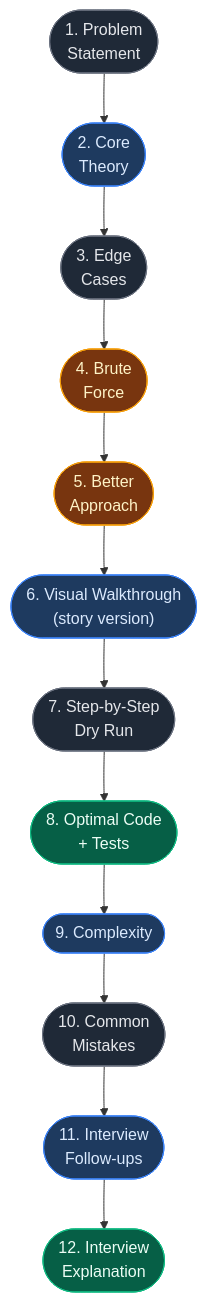
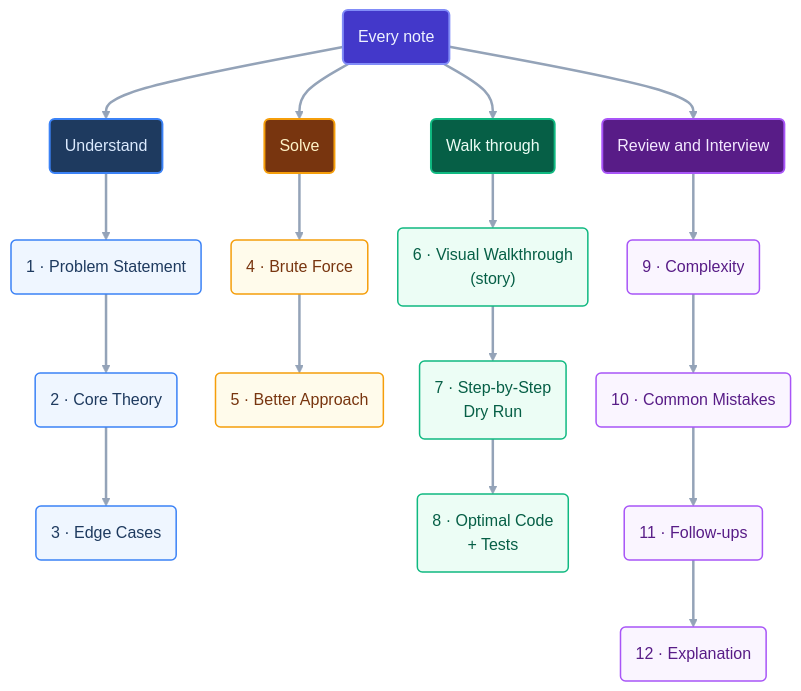
One commit to ajay-nikumbh/dsa-notes changed the first of 2 diagrams in README.md. Above: the diagram before and after it, drawn with Mermaid. The commit also changed other lines of this file, not shown here.

Commit message:
Redraw README diagrams as curved trees
Use Mermaid frontmatter config (curve: basis) so edges render curved.
Note-shape diagram is now a tree: four phases (Understand, Solve, Walk
through, Review and Interview) with numbered steps underneath. Step
labels use '1 · Step' because '1. Step' is parsed as a markdown list in
Mermaid 11. Roadmap keeps the prerequisite tree with grey curved edges
that show in light and dark themes.

````diff
--- a/README.md
+++ b/README.md
@@ -7,19 +7,37 @@
 ```mermaid
+---
+config:
+  flowchart:
+    curve: basis
+    nodeSpacing: 30
+    rankSpacing: 55
+---
 flowchart TD
-    A(["1. Problem<br/>Statement"]):::a --> B(["2. Core<br/>Theory"]):::b
-    B --> C(["3. Edge<br/>Cases"]):::a
-    C --> D(["4. Brute<br/>Force"]):::c
-    D --> E(["5. Better<br/>Approach"]):::c
-    E --> F(["6. Visual Walkthrough<br/>(story version)"]):::b
-    F --> G(["7. Step-by-Step<br/>Dry Run"]):::a
-    G --> H(["8. Optimal Code<br/>+ Tests"]):::d
-    H --> I(["9. Complexity"]):::b
-    I --> J(["10. Common<br/>Mistakes"]):::a
-    J --> K(["11. Interview<br/>Follow-ups"]):::b
-    K --> L(["12. Interview<br/>Explanation"]):::d
-
-    classDef a fill:#1f2937,stroke:#6b7280,color:#e5e7eb
-    classDef b fill:#1e3a5f,stroke:#3b82f6,color:#dbeafe
-    classDef c fill:#78350f,stroke:#f59e0b,color:#fef3c7
-    classDef d fill:#065f46,stroke:#10b981,color:#ecfdf5
+    N("Every note"):::root
+    N --> U("Understand"):::p1
+    N --> S("Solve"):::p2
+    N --> W("Walk through"):::p3
+    N --> I("Review and Interview"):::p4
+    U --> U1("1 · Problem Statement"):::s1
+    U1 --> U2("2 · Core Theory"):::s1
+    U2 --> U3("3 · Edge Cases"):::s1
+    S --> S1("4 · Brute Force"):::s2
+    S1 --> S2("5 · Better Approach"):::s2
+    W --> W1("6 · Visual Walkthrough<br/>(story)"):::s3
+    W1 --> W2("7 · Step-by-Step<br/>Dry Run"):::s3
+    W2 --> W3("8 · Optimal Code<br/>+ Tests"):::s3
+    I --> I1("9 · Complexity"):::s4
+    I1 --> I2("10 · Common Mistakes"):::s4
+    I2 --> I3("11 · Follow-ups"):::s4
+    I3 --> I4("12 · Explanation"):::s4
+    classDef root fill:#4338ca,stroke:#818cf8,stroke-width:2px,color:#eef2ff
+    classDef p1 fill:#1e3a5f,stroke:#3b82f6,stroke-width:2px,color:#dbeafe
+    classDef p2 fill:#78350f,stroke:#f59e0b,stroke-width:2px,color:#fef3c7
+    classDef p3 fill:#065f46,stroke:#10b981,stroke-width:2px,color:#ecfdf5
+    classDef p4 fill:#581c87,stroke:#a855f7,stroke-width:2px,color:#f3e8ff
+    classDef s1 fill:#eff6ff,stroke:#3b82f6,stroke-width:1.5px,color:#1e3a5f
+    classDef s2 fill:#fffbeb,stroke:#f59e0b,stroke-width:1.5px,color:#78350f
+    classDef s3 fill:#ecfdf5,stroke:#10b981,stroke-width:1.5px,color:#065f46
+    classDef s4 fill:#faf5ff,stroke:#a855f7,stroke-width:1.5px,color:#581c87
+    linkStyle default stroke:#94a3b8,stroke-width:2.5px
 ```
````
